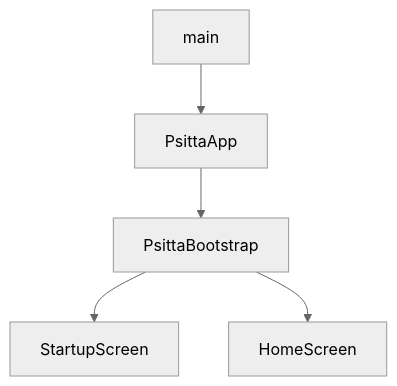
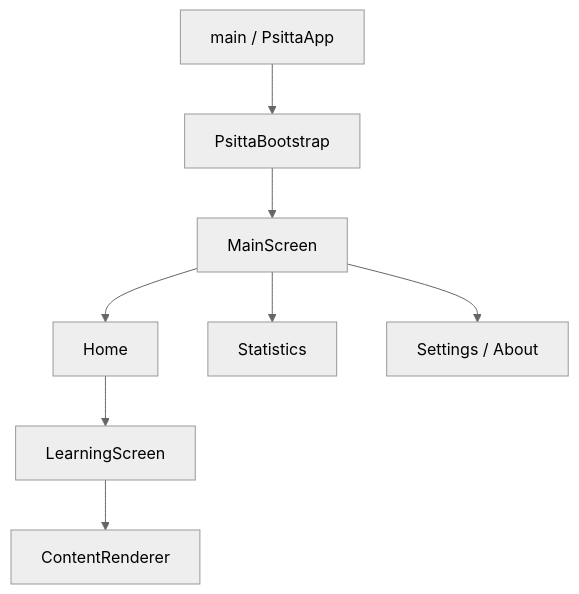
One commit to Antoine-Lagache/psitta changed the diagram in docs/architecture/ui_layer/ui.md. Above: the diagram before and after it, drawn with Mermaid (neutral theme). The commit also changed other lines of this file and 7 other files, not shown here.

````diff
--- a/docs/architecture/ui_layer/ui.md
+++ b/docs/architecture/ui_layer/ui.md
@@ -11,7 +12,10 @@
 ```mermaid
 flowchart TD
-    MAIN["main"] --> APP["PsittaApp"]
-    APP --> BOOTSTRAP["PsittaBootstrap"]
-    BOOTSTRAP --> STARTUP["StartupScreen"]
-    BOOTSTRAP --> HOME["HomeScreen"]
+    MAIN["main / PsittaApp"] --> BOOTSTRAP["PsittaBootstrap"]
+    BOOTSTRAP --> SHELL["MainScreen"]
+    SHELL --> HOME["Home"]
+    SHELL --> STATS["Statistics"]
+    SHELL --> SETTINGS["Settings / About"]
+    HOME --> LEARNING["LearningScreen"]
+    LEARNING --> RENDERER["ContentRenderer"]
 ```
````
